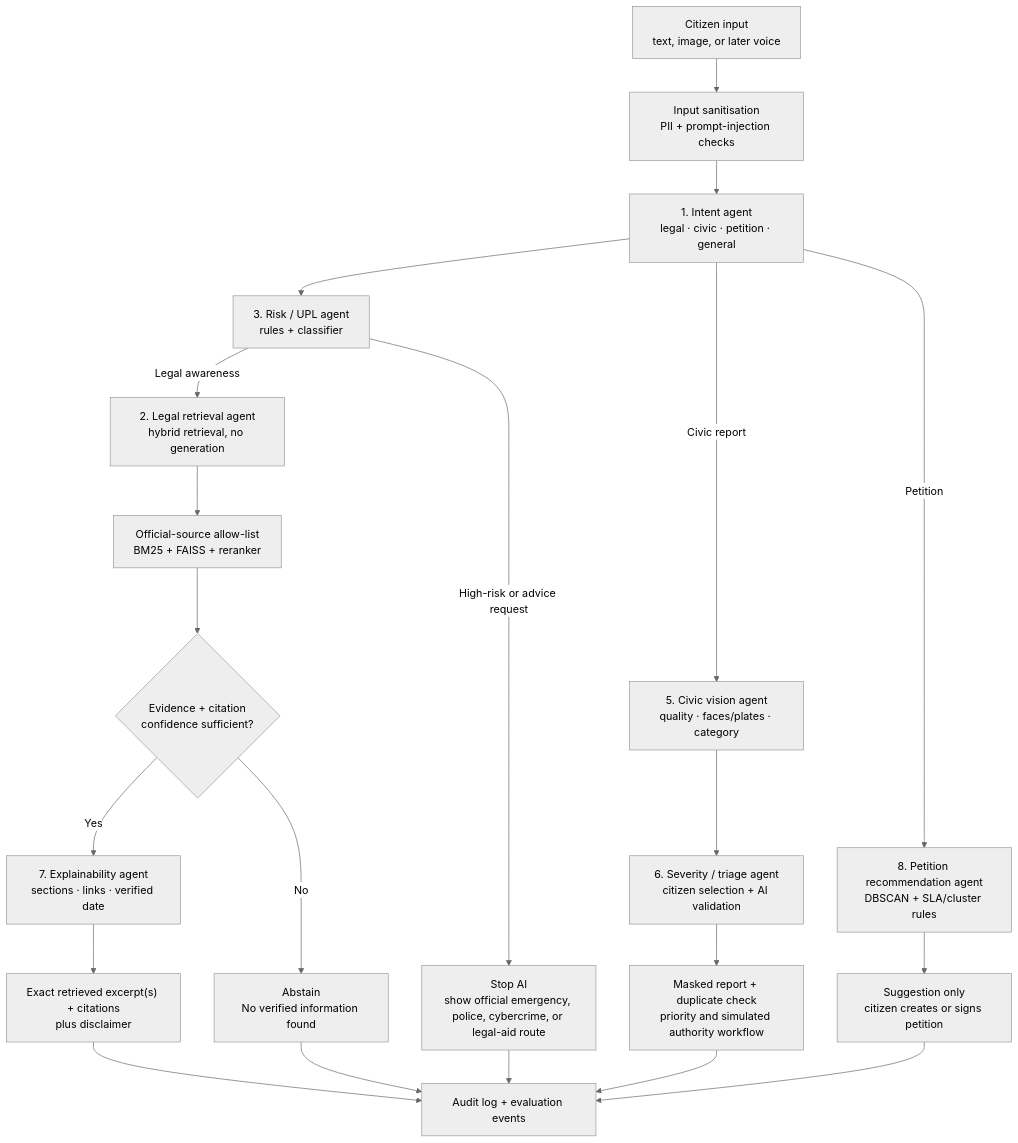
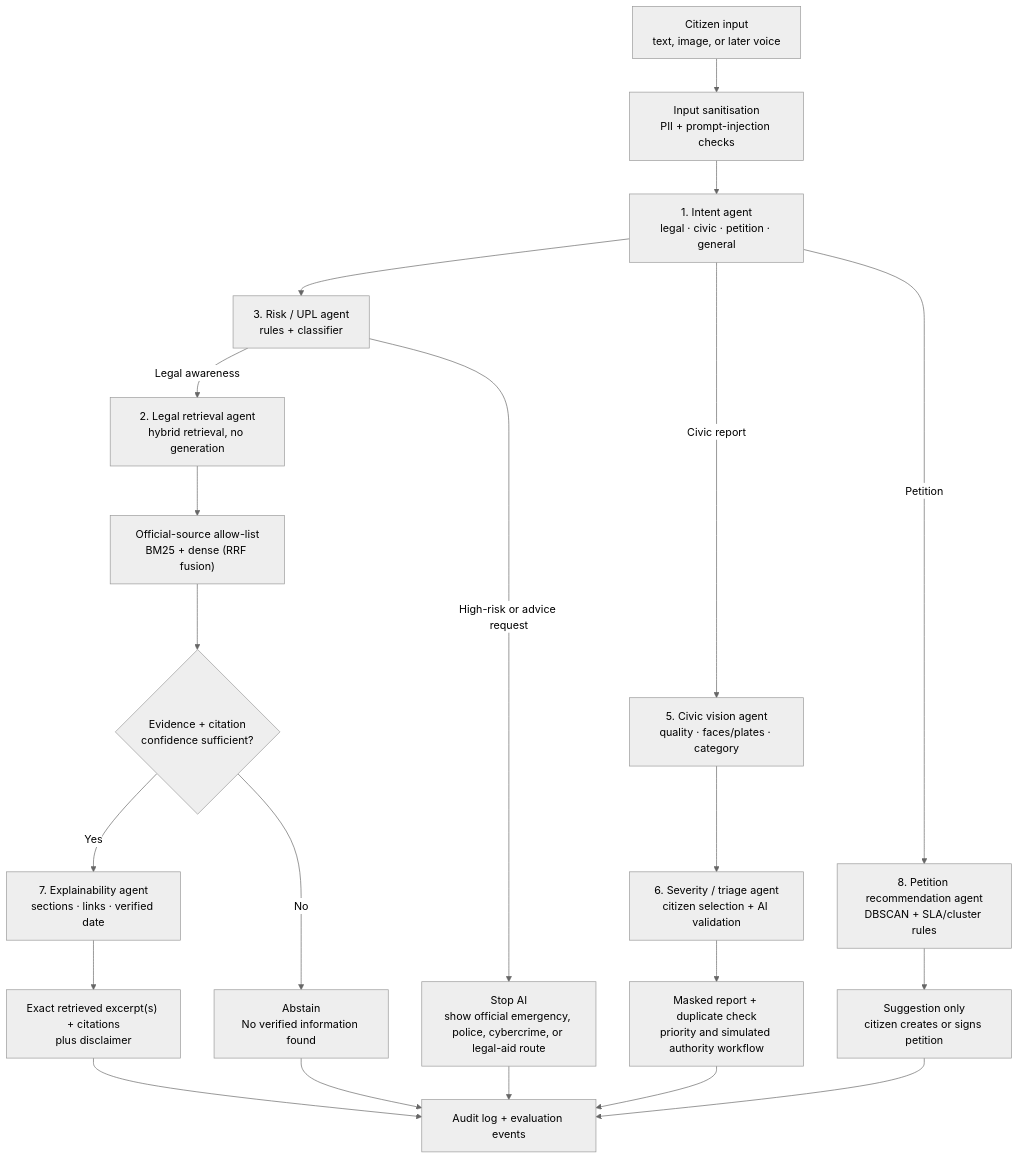
The second of 4 diagrams in docs/ARCHITECTURE.md (Solly2201/Capstone), drawn with Mermaid (neutral theme) before and after one commit. The commit also changed other lines of this file and 19 other files, not shown here.

````diff
--- a/docs/ARCHITECTURE.md
+++ b/docs/ARCHITECTURE.md
@@ -18,23 +18,23 @@
 ```mermaid
 flowchart TD
   Input["Citizen input\ntext, image, or later voice"] --> Sanitize["Input sanitisation\nPII + prompt-injection checks"]
   Sanitize --> Intent["1. Intent agent\nlegal · civic · petition · general"]
   Intent --> Risk["3. Risk / UPL agent\nrules + classifier"]
   Risk -->|"High-risk or advice request"| Redirect["Stop AI\nshow official emergency, police, cybercrime, or legal-aid route"]
   Risk -->|"Legal awareness"| Legal["2. Legal retrieval agent\nhybrid retrieval, no generation"]
-  Legal --> Retrieve["Official-source allow-list\nBM25 + FAISS + reranker"]
+  Legal --> Retrieve["Official-source allow-list\nBM25 + dense (RRF fusion)"]
   Retrieve --> Confidence{"Evidence + citation\nconfidence sufficient?"}
   Confidence -->|No| Abstain["Abstain\nNo verified information found"]
   Confidence -->|Yes| Explain["7. Explainability agent\nsections · links · verified date"]
   Explain --> Output["Exact retrieved excerpt(s) + citations\nplus disclaimer"]
   Intent -->|"Civic report"| Vision["5. Civic vision agent\nquality · faces/plates · category"]
   Vision --> Triage["6. Severity / triage agent\ncitizen selection + AI validation"]
   Triage --> CivicOutput["Masked report + duplicate check\npriority and simulated authority workflow"]
   Intent -->|"Petition"| Petition["8. Petition recommendation agent\nDBSCAN + SLA/cluster rules"]
   Petition --> PetitionOutput["Suggestion only\ncitizen creates or signs petition"]
   Output --> Audit["Audit log + evaluation events"]
   Abstain --> Audit
   Redirect --> Audit
   CivicOutput --> Audit
   PetitionOutput --> Audit
 ```
````
